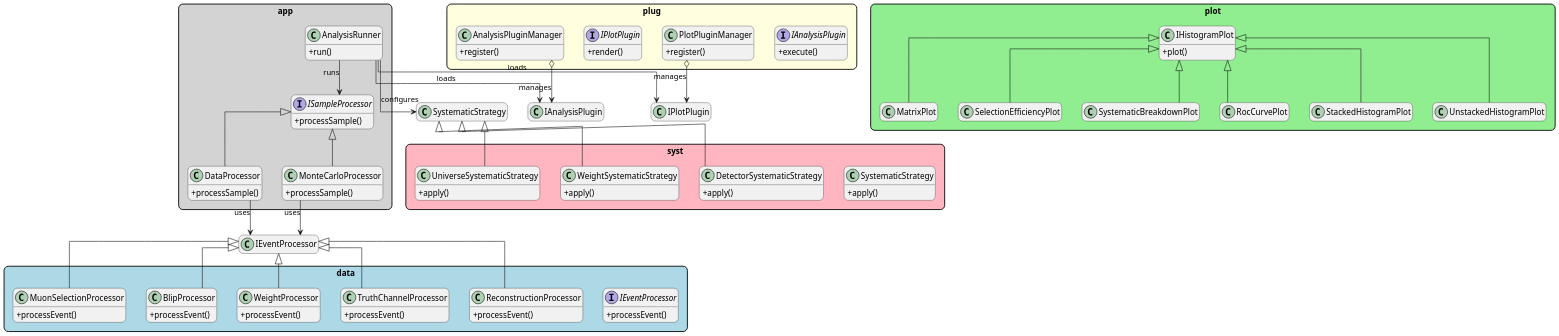
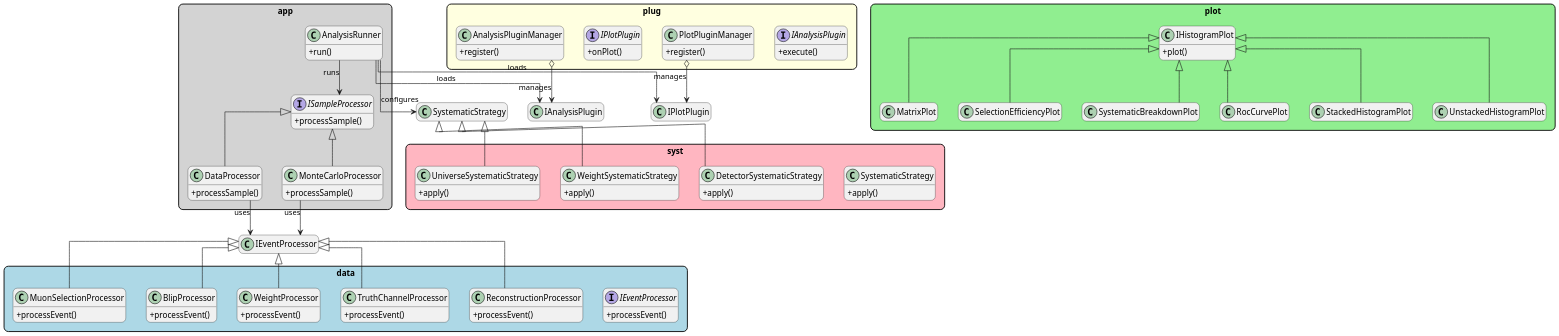
One commit to njlane314/rarexsec-analysis changed the diagram in docs/class_diagram.puml. Above: the diagram before and after it, drawn with PlantUML. The commit also changed 13 other files, not shown here.

```diff
--- a/docs/class_diagram.puml
+++ b/docs/class_diagram.puml
@@ -1,145 +1,145 @@
 @startuml
 left to right direction
 skinparam {
   linetype ortho
   packageStyle rectangle
   classAttributeIconSize 0
   shadowing false
   dpi 150
   pageMargin 10
   pageWidth 8.27in
   pageHeight 11.69in
   roundCorner 15
   classFontName Helvetica
 }
 
 hide empty members
 
 package app #LightGray {
   top to bottom direction
   interface ISampleProcessor {
     +processSample()
   }
 
   class DataProcessor {
     +processSample()
   }
 
   class MonteCarloProcessor {
     +processSample()
   }
 
   class AnalysisRunner {
     +run()
   }
 }
 
 ISampleProcessor <|-- DataProcessor
 ISampleProcessor <|-- MonteCarloProcessor
 AnalysisRunner --> ISampleProcessor : runs
 DataProcessor --> IEventProcessor : uses
 MonteCarloProcessor --> IEventProcessor : uses
 AnalysisRunner --> IAnalysisPlugin : loads
 AnalysisRunner --> IPlotPlugin : loads
 AnalysisRunner --> SystematicStrategy : configures
 
 package data #LightBlue {
   top to bottom direction
   interface IEventProcessor {
     +processEvent()
   }
 
   class MuonSelectionProcessor {
     +processEvent()
   }
 
   class ReconstructionProcessor {
     +processEvent()
   }
 
   class TruthChannelProcessor {
     +processEvent()
   }
 
   class WeightProcessor {
     +processEvent()
   }
 
   class BlipProcessor {
     +processEvent()
   }
 }
 
 IEventProcessor <|-- MuonSelectionProcessor
 IEventProcessor <|-- ReconstructionProcessor
 IEventProcessor <|-- TruthChannelProcessor
 IEventProcessor <|-- WeightProcessor
 IEventProcessor <|-- BlipProcessor
 
 package plug #LightYellow {
   top to bottom direction
   interface IAnalysisPlugin {
     +execute()
   }
 
   class AnalysisPluginManager {
     +register()
   }
 
   interface IPlotPlugin {
-    +render()
+    +onPlot()
   }
 
   class PlotPluginManager {
     +register()
   }
 }
 
 AnalysisPluginManager o--> IAnalysisPlugin : manages
 PlotPluginManager o--> IPlotPlugin : manages
 
 package plot #LightGreen {
   top to bottom direction
   class IHistogramPlot {
     +plot()
   }
 
   class StackedHistogramPlot
   class UnstackedHistogramPlot
   class MatrixPlot
   class SelectionEfficiencyPlot
   class SystematicBreakdownPlot
   class RocCurvePlot
 }
 
 IHistogramPlot <|-- StackedHistogramPlot
 IHistogramPlot <|-- UnstackedHistogramPlot
 IHistogramPlot <|-- MatrixPlot
 IHistogramPlot <|-- SelectionEfficiencyPlot
 IHistogramPlot <|-- SystematicBreakdownPlot
 IHistogramPlot <|-- RocCurvePlot
 
 package syst #LightPink {
   top to bottom direction
   class SystematicStrategy {
     +apply()
   }
 
   class UniverseSystematicStrategy {
     +apply()
   }
 
   class DetectorSystematicStrategy {
     +apply()
   }
 
   class WeightSystematicStrategy {
     +apply()
   }
 }
 
 SystematicStrategy <|-- UniverseSystematicStrategy
 SystematicStrategy <|-- DetectorSystematicStrategy
 SystematicStrategy <|-- WeightSystematicStrategy
 
 @enduml
```
